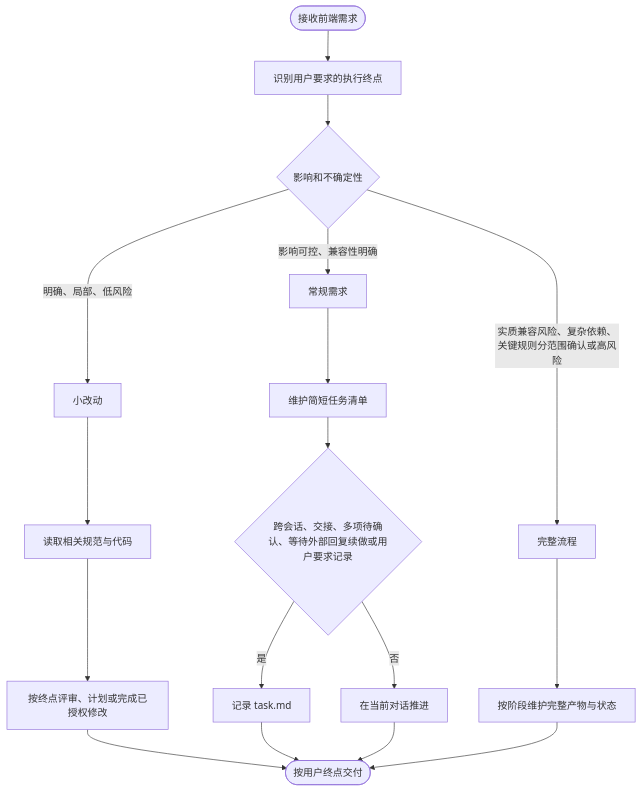
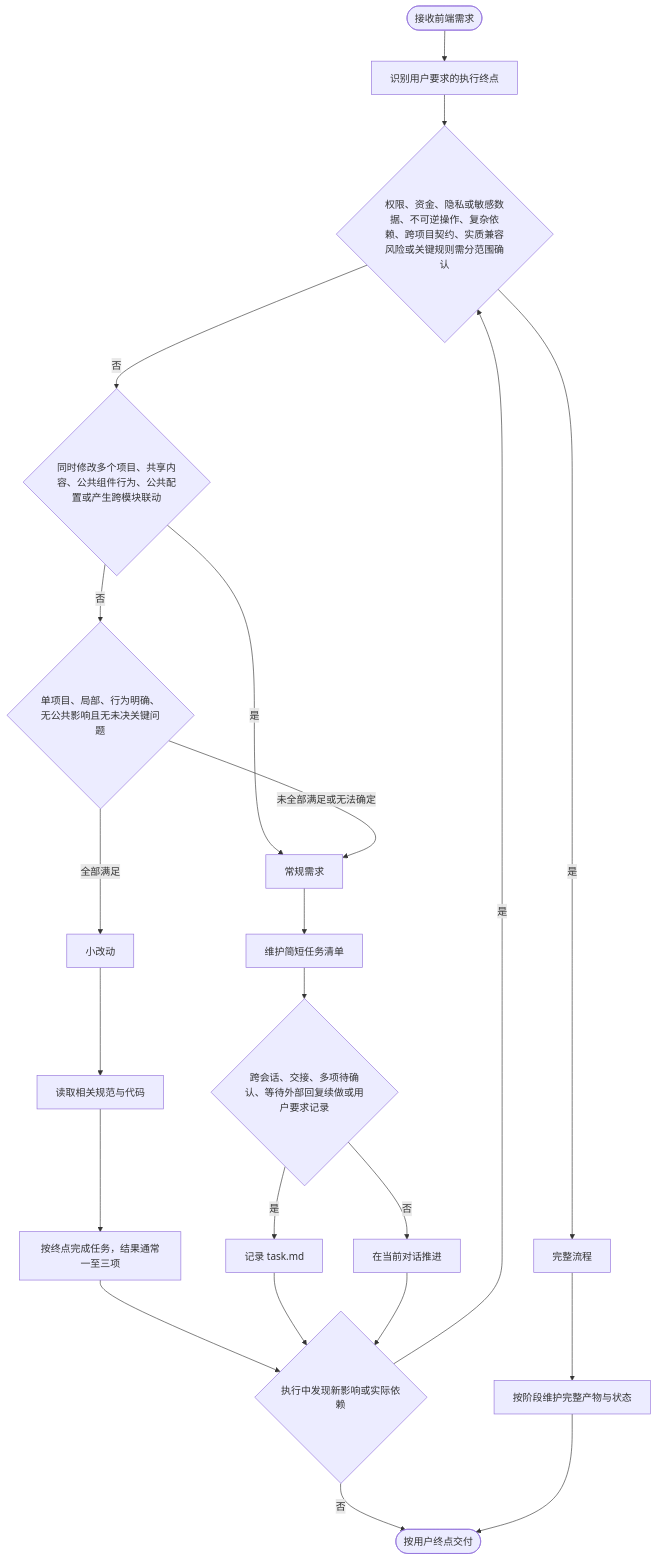
The first of 6 diagrams in skills/frontend-delivery/workflow-diagram.md (Aliang997/frontend-delivery-skill), drawn with Mermaid before and after one commit. The commit also changed other lines of this file and 6 other files, not shown here.

````diff
--- a/skills/frontend-delivery/workflow-diagram.md
+++ b/skills/frontend-delivery/workflow-diagram.md
@@ -9,19 +9,24 @@
 ```mermaid
 flowchart TD
  A(["接收前端需求"]) --> E["识别用户要求的执行终点"]
- E --> B{"影响和不确定性"}
- B -->|"明确、局部、低风险"| S["小改动"]
- B -->|"影响可控、兼容性明确"| N["常规需求"]
- B -->|"实质兼容风险、复杂依赖、关键规则分范围确认或高风险"| F["完整流程"]
+ E --> FQ{"权限、资金、隐私或敏感数据、不可逆操作、复杂依赖、跨项目契约、实质兼容风险或关键规则需分范围确认"}
+ FQ -->|"是"| F["完整流程"]
+ FQ -->|"否"| NQ{"同时修改多个项目、共享内容、公共组件行为、公共配置或产生跨模块联动"}
+ NQ -->|"是"| N["常规需求"]
+ NQ -->|"否"| SQ{"单项目、局部、行为明确、无公共影响且无未决关键问题"}
+ SQ -->|"全部满足"| S["小改动"]
+ SQ -->|"未全部满足或无法确定"| N
  S --> S1["读取相关规范与代码"]
- S1 --> S2["按终点评审、计划或完成已授权修改"]
+ S1 --> S2["按终点完成任务，结果通常一至三项"]
  N --> N1["维护简短任务清单"]
  N1 --> N2{"跨会话、交接、多项待确认、等待外部回复续做或用户要求记录"}
  N2 -->|"是"| N3["记录 task.md"]
  N2 -->|"否"| N4["在当前对话推进"]
  F --> F1["按阶段维护完整产物与状态"]
- S2 --> Z(["按用户终点交付"])
- N3 --> Z
- N4 --> Z
+ S2 --> C{"执行中发现新影响或实际依赖"}
+ N3 --> C
+ N4 --> C
+ C -->|"是"| FQ
+ C -->|"否"| Z(["按用户终点交付"])
  F1 --> Z
 ```
````
